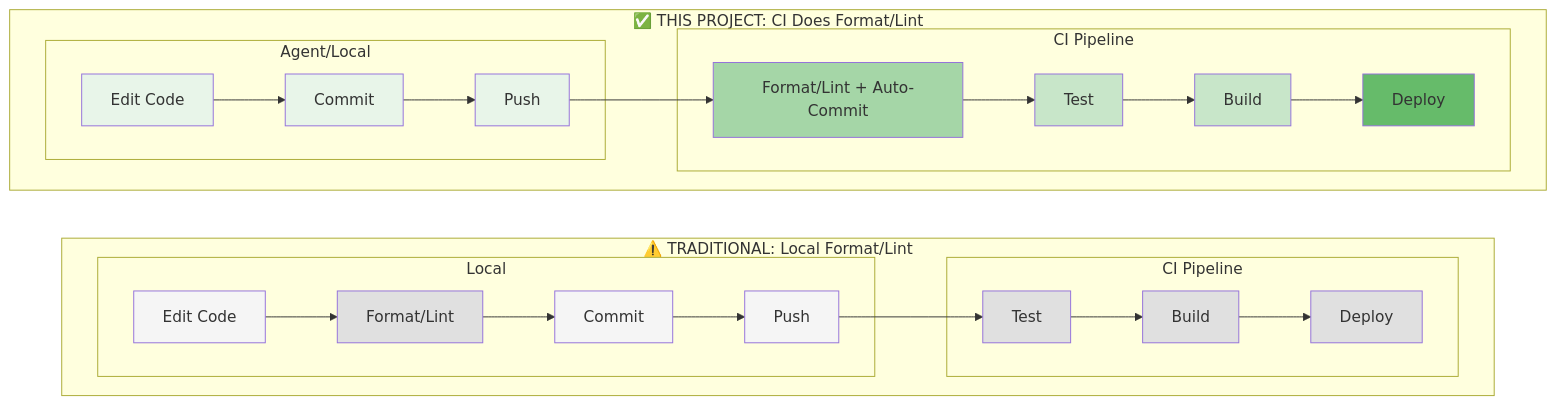
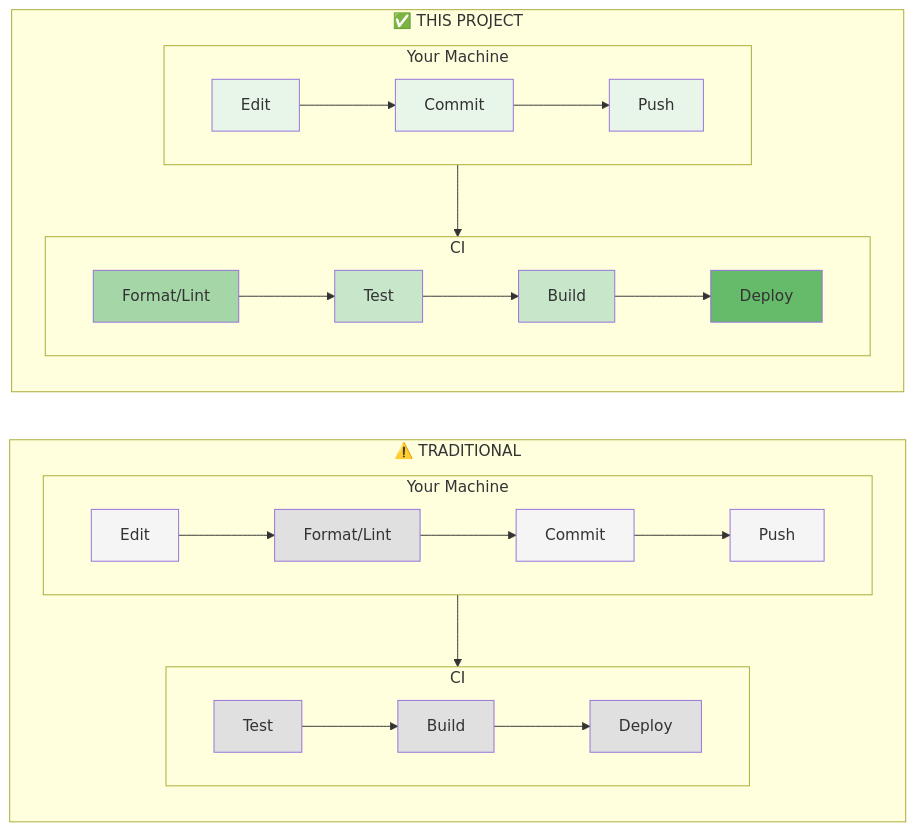
Before and after one commit to borealBytes/startup-blueprint: the first of 6 diagrams in .github/CI_CD_GUIDE.md, drawn with Mermaid.

Commit message:
docs(ci): fix mermaid subgraph title cutoff with shorter labels
Mermaid best practice: keep subgraph titles short to prevent cutoff.
- Outer boxes: "✅ THIS PROJECT" and "⚠️ TRADITIONAL"
- Inner boxes: "Your Machine" and "CI"
- Shorten node labels for cleaner display
- Add legend text below diagram

````diff
--- a/.github/CI_CD_GUIDE.md
+++ b/.github/CI_CD_GUIDE.md
@@ -11,58 +11,42 @@
 ```mermaid
 flowchart TB
-    subgraph new ["✅ THIS PROJECT: CI Does Format/Lint"]
-        subgraph agent ["Agent/Local"]
-            B1[Edit Code]
-            B2[Commit]
-            B3[Push]
-            B1 --> B2 --> B3
+    subgraph new ["✅ THIS PROJECT"]
+        direction TB
+        subgraph agent ["Your Machine"]
+            B1[Edit] --> B2[Commit] --> B3[Push]
         end
-
-        subgraph ci_new ["CI Pipeline"]
-            B4[Format/Lint + Auto-Commit]
-            B5[Test]
-            B6[Build]
-            B7[Deploy]
-            B4 --> B5 --> B6 --> B7
+        subgraph ci_new ["CI"]
+            B4[Format/Lint] --> B5[Test] --> B6[Build] --> B7[Deploy]
         end
-
-        B3 --> B4
+        agent --> ci_new
     end
 
-    subgraph old ["⚠️ TRADITIONAL: Local Format/Lint"]
-        subgraph local ["Local"]
-            A1[Edit Code]
-            A2[Format/Lint]
-            A3[Commit]
-            A4[Push]
-            A1 --> A2 --> A3 --> A4
+    subgraph old ["⚠️ TRADITIONAL"]
+        direction TB
+        subgraph local ["Your Machine"]
+            A1[Edit] --> A2[Format/Lint] --> A3[Commit] --> A4[Push]
         end
-
-        subgraph ci_old ["CI Pipeline"]
-            A5[Test]
-            A6[Build]
-            A7[Deploy]
-            A5 --> A6 --> A7
+        subgraph ci_old ["CI"]
+            A5[Test] --> A6[Build] --> A7[Deploy]
         end
-
-        A4 --> A5
+        local --> ci_old
     end
 
     new ~~~ old
 
     style B1 fill:#e8f5e9
     style B2 fill:#e8f5e9
     style B3 fill:#e8f5e9
     style B4 fill:#a5d6a7
     style B5 fill:#c8e6c9
     style B6 fill:#c8e6c9
     style B7 fill:#66bb6a
-
+    
     style A1 fill:#f5f5f5
     style A2 fill:#e0e0e0
     style A3 fill:#f5f5f5
     style A4 fill:#f5f5f5
     style A5 fill:#e0e0e0
     style A6 fill:#e0e0e0
     style A7 fill:#e0e0e0
 ```
````
